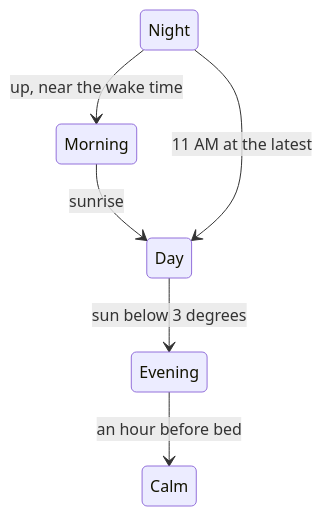
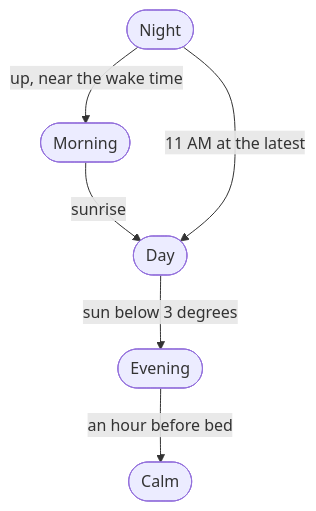
One commit to SettlingAbyss96/fosters-home-hub changed the third of 5 diagrams in docs/control.md. Above: the diagram before and after it, drawn with Mermaid. The commit also changed other lines of this file and 4 other files, not shown here.

First line of the commit message:
Flowcharts: no overlapping labels, nothing under GitHub's zoom buttons

````diff
--- a/docs/control.md
+++ b/docs/control.md
@@ -338,8 +344,12 @@
 ```mermaid
-stateDiagram-v2
-    Day --> Evening: sun below 3 degrees
-    Evening --> Calm: an hour before bed
-    Night --> Morning: up, near the wake time
-    Morning --> Day: sunrise
-    Night --> Day: 11 AM at the latest
+---
+config:
+  themeCSS: ".edgeLabel, .edgeLabel p, .labelBkg { background-color: var(--bgColor-default) !important } .edgeLabel rect { opacity: 1 !important; fill: var(--bgColor-default) !important }"
+---
+flowchart TD
+    N([Night]) -->|up, near the wake time| M([Morning])
+    M -->|sunrise| D([Day])
+    N -->|11 AM at the latest| D
+    D -->|sun below 3 degrees| E([Evening])
+    E -->|an hour before bed| C([Calm])
 ```
````
